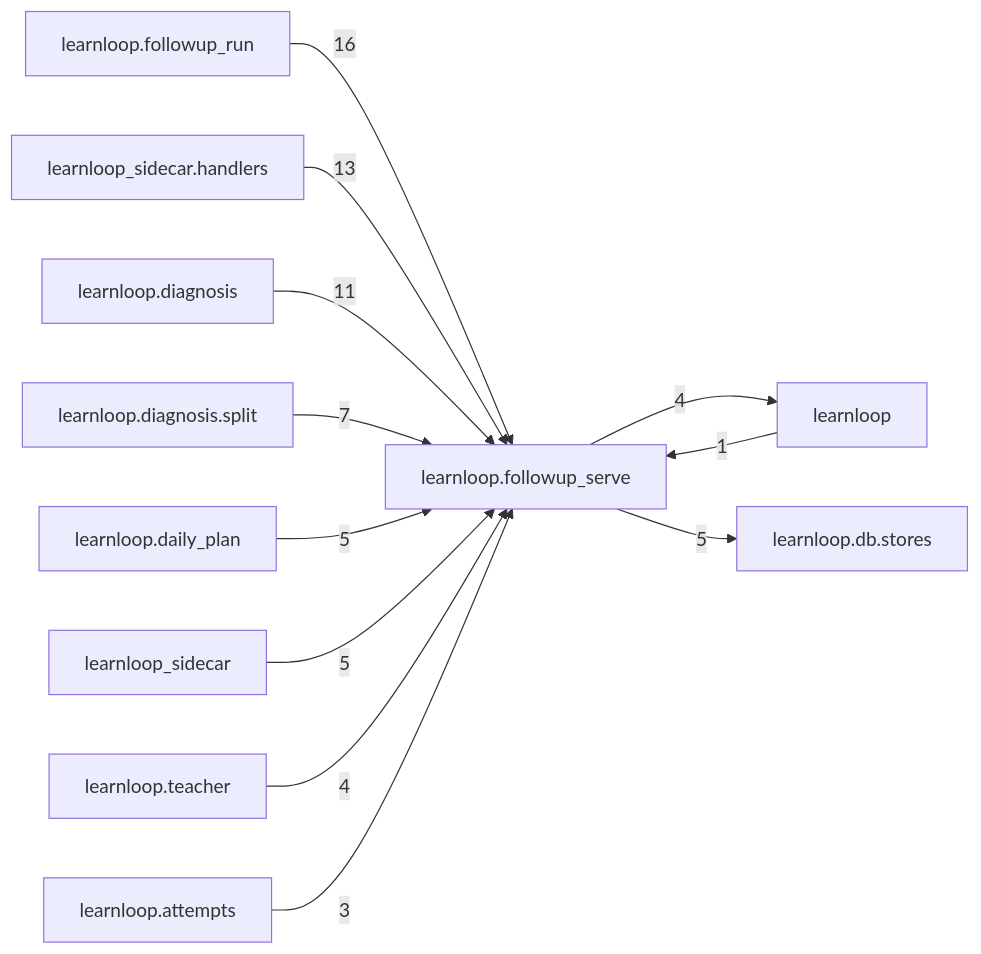
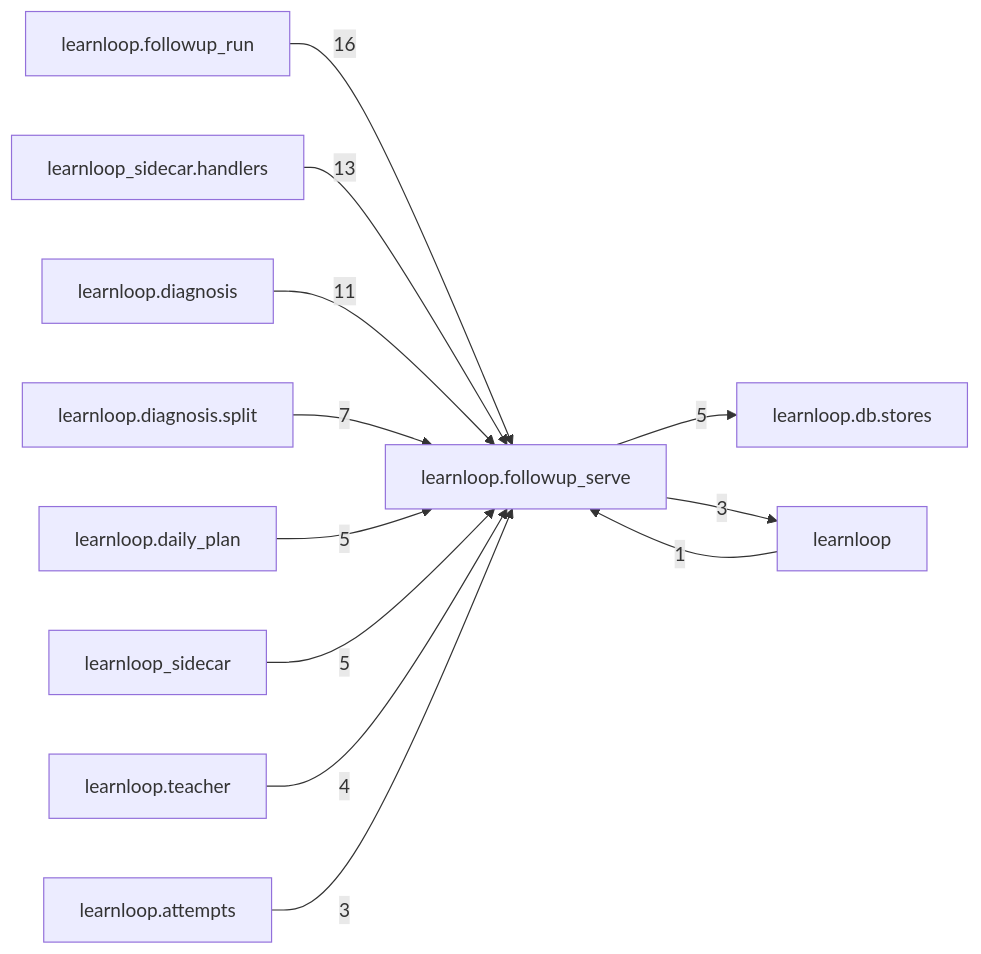
The diagram in docs/learnloop-architecture-vault/Reference/Modules/learnloop/followup_serve/_package.md (6up-b/learnanything), drawn with Mermaid before and after one commit. The commit also changed other lines of this file and 88 other files, not shown here.

````diff
--- a/docs/learnloop-architecture-vault/Reference/Modules/learnloop/followup_serve/_package.md
+++ b/docs/learnloop-architecture-vault/Reference/Modules/learnloop/followup_serve/_package.md
@@ -86,25 +86,25 @@
 ```mermaid
 flowchart LR
     center["learnloop.followup_serve"]
     n_learnloop_followup_run["learnloop.followup_run"]
     n_learnloop_sidecar_handlers["learnloop_sidecar.handlers"]
     n_learnloop_diagnosis["learnloop.diagnosis"]
     n_learnloop_diagnosis_split["learnloop.diagnosis.split"]
-    n_learnloop["learnloop"]
     n_learnloop_daily_plan["learnloop.daily_plan"]
     n_learnloop_db_stores["learnloop.db.stores"]
     n_learnloop_sidecar["learnloop_sidecar"]
+    n_learnloop["learnloop"]
     n_learnloop_teacher["learnloop.teacher"]
     n_learnloop_attempts["learnloop.attempts"]
     n_learnloop_followup_run -->|16| center
     n_learnloop_sidecar_handlers -->|13| center
     n_learnloop_diagnosis -->|11| center
     n_learnloop_diagnosis_split -->|7| center
-    n_learnloop -->|1| center
-    center -->|4| n_learnloop
     n_learnloop_daily_plan -->|5| center
     center -->|5| n_learnloop_db_stores
     n_learnloop_sidecar -->|5| center
+    n_learnloop -->|1| center
+    center -->|3| n_learnloop
     n_learnloop_teacher -->|4| center
     n_learnloop_attempts -->|3| center
 ```
````
